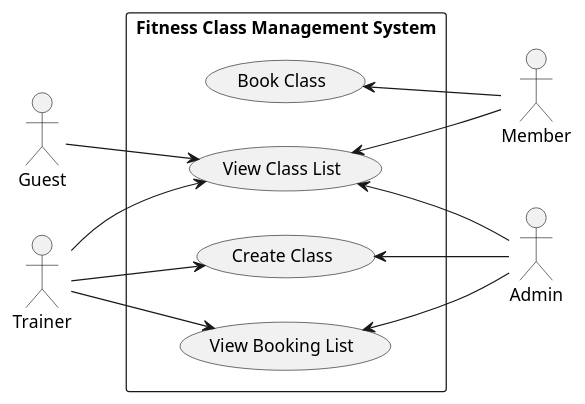
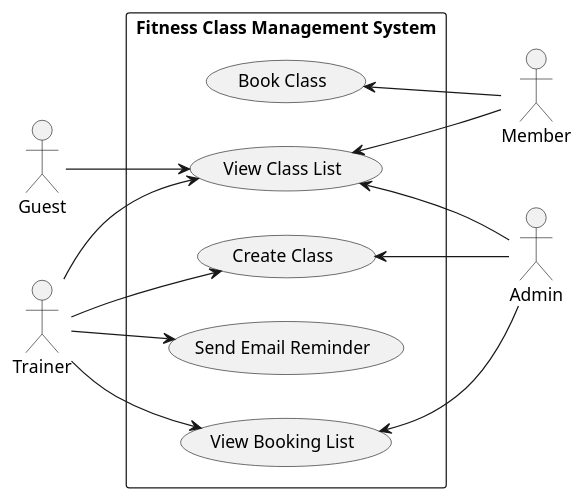
One commit to cs-uh-2012-spring26/cs-uh-2012-software-engineering-group_b changed the diagram in reports/uml/Main-uml-diagram.plantuml. Above: the diagram before and after it, drawn with PlantUML. The commit also changed 4 other files, not shown here.

Commit message:
I have Added email reminder feature to requirements specifications, modified the readme file and update UML diagram it should now have the clear use case senario for the new feature

```diff
--- a/reports/uml/Main-uml-diagram.plantuml
+++ b/reports/uml/Main-uml-diagram.plantuml
@@ -1,32 +1,34 @@
 @startuml
 left to right direction
 
 actor Guest
 actor Trainer
 
 rectangle "Fitness Class Management System" {
 
   usecase "View Class List" as UC1
   usecase "Book Class" as UC2
   usecase "Create Class" as UC3
   usecase "View Booking List" as UC4
+  usecase "Send Email Reminder" as UC8
 }
 
 actor Member
 actor Admin
 
 ' Left side actors
 Guest --> UC1
 Trainer --> UC1
 Trainer --> UC3
 Trainer --> UC4
+Trainer --> UC8
 
 ' Right side actors (reverse arrow)
 UC1 <-- Member
 UC2 <-- Member
 
 UC1 <-- Admin
 UC3 <-- Admin
 UC4 <-- Admin
 
 @enduml
```
